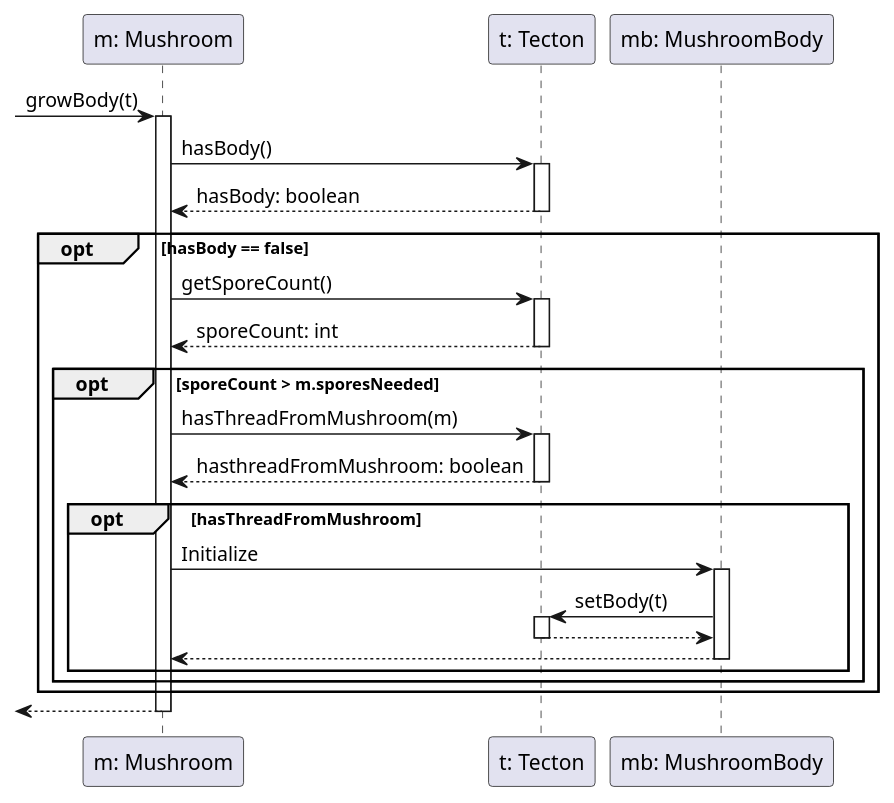
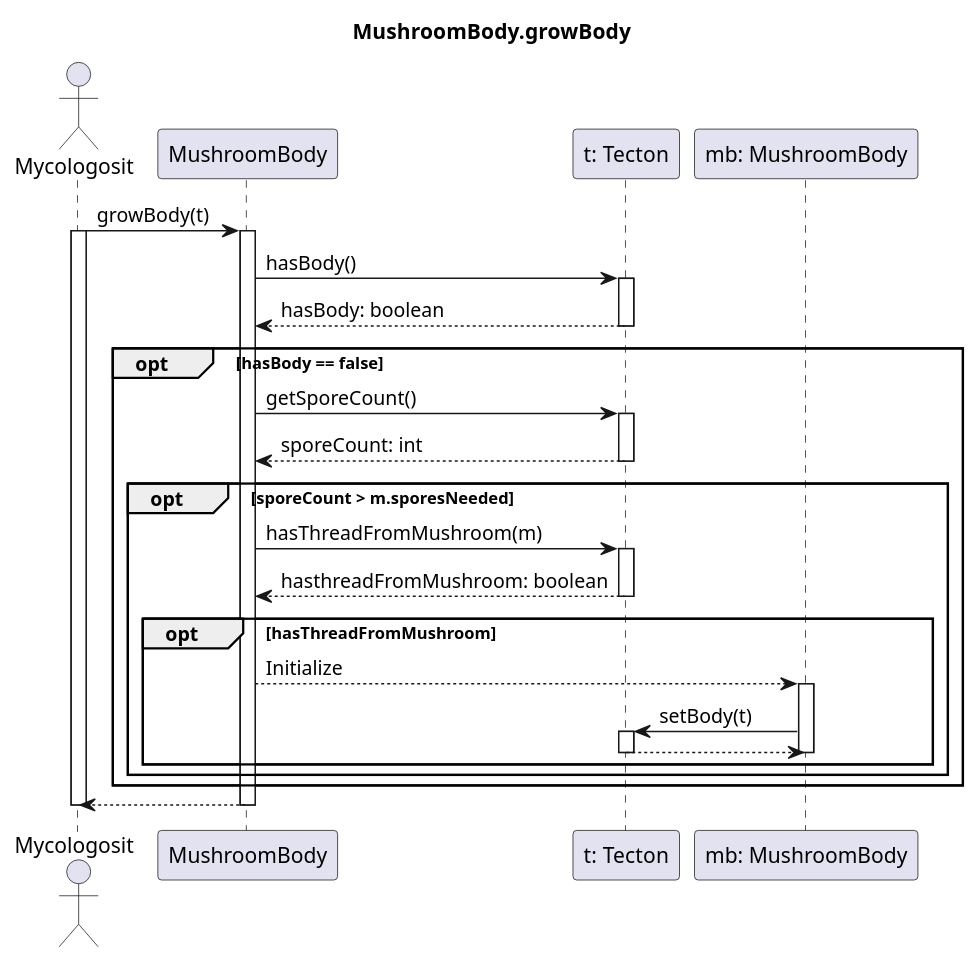
The diagram in diagrams/sequence/mushroom/mushroom_body/growBody.wsd (dzsem/projlab), drawn with PlantUML before and after one commit. The commit also changed 1 other file, not shown here.

Commit message:
Fixed mushroom_body related sequence diagrams

```diff
--- a/diagrams/sequence/mushroom/mushroom_body/growBody.wsd
+++ b/diagrams/sequence/mushroom/mushroom_body/growBody.wsd
@@ -1,40 +1,46 @@
 @startuml Grow Body
-participant "m: Mushroom" as m
+title MushroomBody.growBody
+
+actor "Mycologosit" as mycologist
+participant "MushroomBody" as m
 participant "t: Tecton" as t
 participant "mb: MushroomBody" as mb
 
--> m: growBody(t)
+mycologist -> m: growBody(t)
+activate mycologist
 activate m
 
 m -> t: hasBody()
 activate t
 t --> m: hasBody: boolean
 deactivate t
 
     opt hasBody == false
         m -> t: getSporeCount()
         activate t
         t --> m: sporeCount: int
         deactivate t
         
         opt sporeCount > m.sporesNeeded
             m -> t: hasThreadFromMushroom(m)
             activate t
             t --> m: hasthreadFromMushroom: boolean
             deactivate t
 
             opt hasThreadFromMushroom
-                m -> mb: Initialize
+                m --> mb: Initialize
                 activate mb
                 mb -> t: setBody(t)
                 activate t
                 t --> mb
                 deactivate t
-                mb --> m
                 deactivate mb
             end
         end
     end
-<-- m
+mycologist <-- m
+
 deactivate m
+deactivate mycologist
+
 @enduml
```
